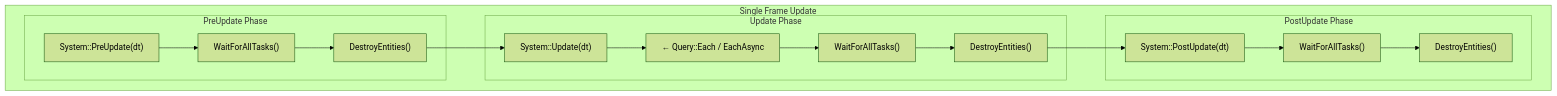
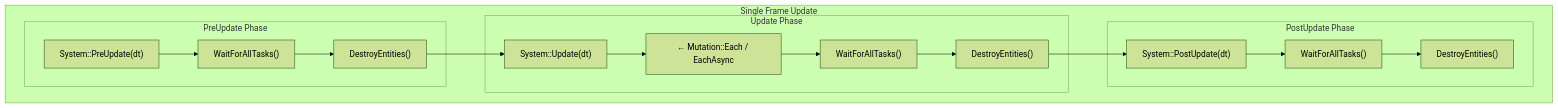
Before and after one commit to gilmar-sales/Freyr: the diagram in docs/api/systems.md, drawn with Mermaid (forest theme). The commit also changed other lines of this file and 24 other files, not shown here.

````diff
--- a/docs/api/systems.md
+++ b/docs/api/systems.md
@@ -37,26 +37,26 @@
 ```mermaid
 graph TB
     subgraph Frame["Single Frame Update"]
         subgraph PreUpdatePhase["PreUpdate Phase"]
             PU["System::PreUpdate(dt)"]
             PU_WAIT["WaitForAllTasks()"]
             PU_DESTROY["DestroyEntities()"]
         end
 
         subgraph UpdatePhase["Update Phase"]
             U["System::Update(dt)"]
-            U_QUERY["← Query::Each / EachAsync"]
+            U_QUERY["← Mutation::Each / EachAsync"]
             U_WAIT["WaitForAllTasks()"]
             U_DESTROY["DestroyEntities()"]
         end
 
         subgraph PostUpdatePhase["PostUpdate Phase"]
             POU["System::PostUpdate(dt)"]
             POU_WAIT["WaitForAllTasks()"]
             POU_DESTROY["DestroyEntities()"]
         end
 
         PU --> PU_WAIT --> PU_DESTROY --> U --> U_QUERY --> U_WAIT --> U_DESTROY --> POU --> POU_WAIT --> POU_DESTROY
     end
 
 ```
````
